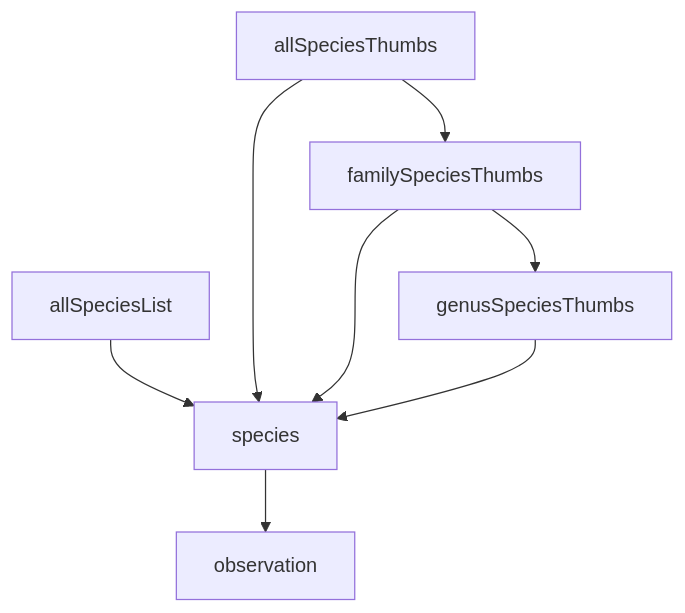
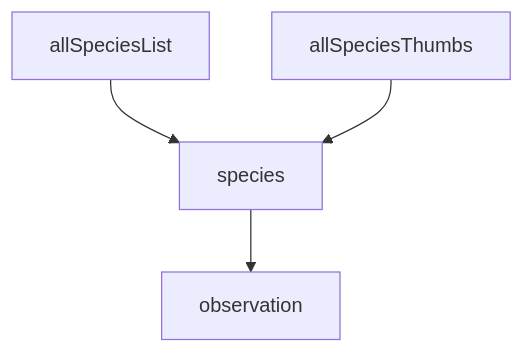
The diagram in design/site-layout.md (mpfl/nudis), drawn with Mermaid before and after one commit. The commit also changed 5 other files, not shown here.

````diff
--- a/design/site-layout.md
+++ b/design/site-layout.md
@@ -3,10 +3,6 @@
 ```mermaid
     graph TD;
         allSpeciesList-->species;
-        allSpeciesThumbs-->familySpeciesThumbs;
         allSpeciesThumbs-->species;
-        familySpeciesThumbs-->species;
-        familySpeciesThumbs-->genusSpeciesThumbs;
-        genusSpeciesThumbs-->species;
         species-->observation;
 ```
````
